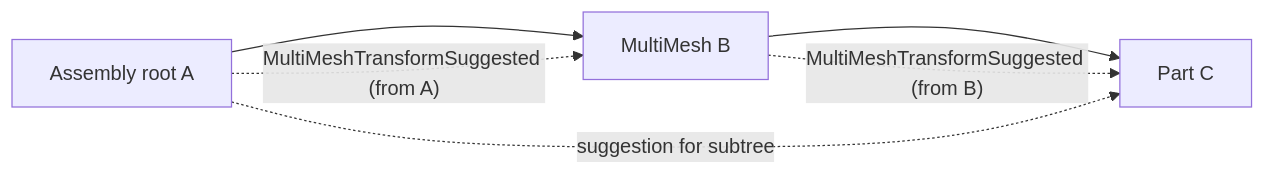
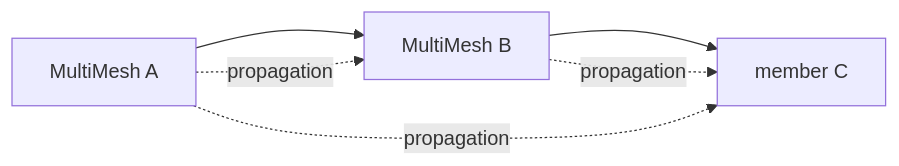
The second of 2 diagrams in rfc/rfc-000-00n-bevy-multi-mesh/README.md (ramate-io/maybraid), drawn with Mermaid before and after one commit. The commit also changed other lines of this file, not shown here.

````diff
--- a/rfc/rfc-000-00n-bevy-multi-mesh/README.md
+++ b/rfc/rfc-000-00n-bevy-multi-mesh/README.md
@@ -198,11 +230,11 @@
 ```mermaid
 flowchart LR
-    R[Assembly root A]
+    R[MultiMesh A]
     M[MultiMesh B]
-    P[Part C]
+    P[member C]
     R --> M
     M --> P
-    R -.->|"MultiMeshTransformSuggested (from A)"| M
-    R -.->|"suggestion for subtree"| P
-    M -.->|"MultiMeshTransformSuggested (from B)"| P
+    R -.->|propagation| M
+    R -.->|propagation| P
+    M -.->|propagation| P
 ```
````
